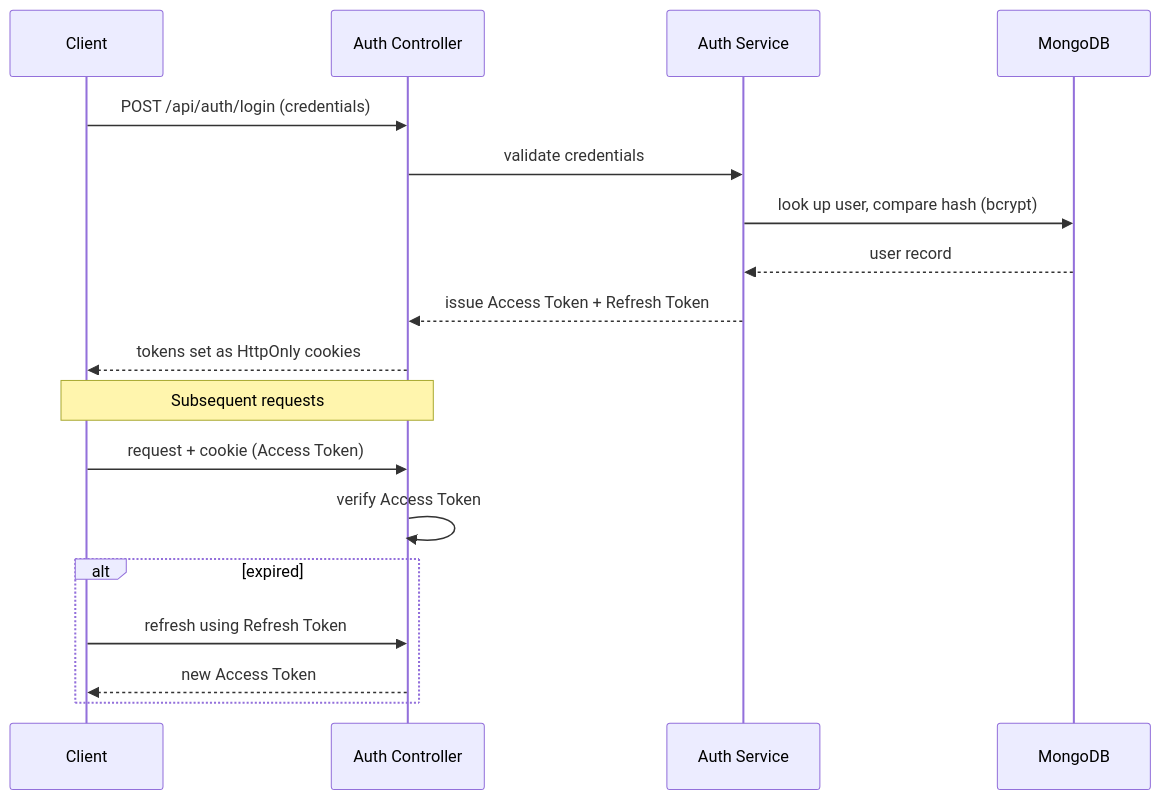
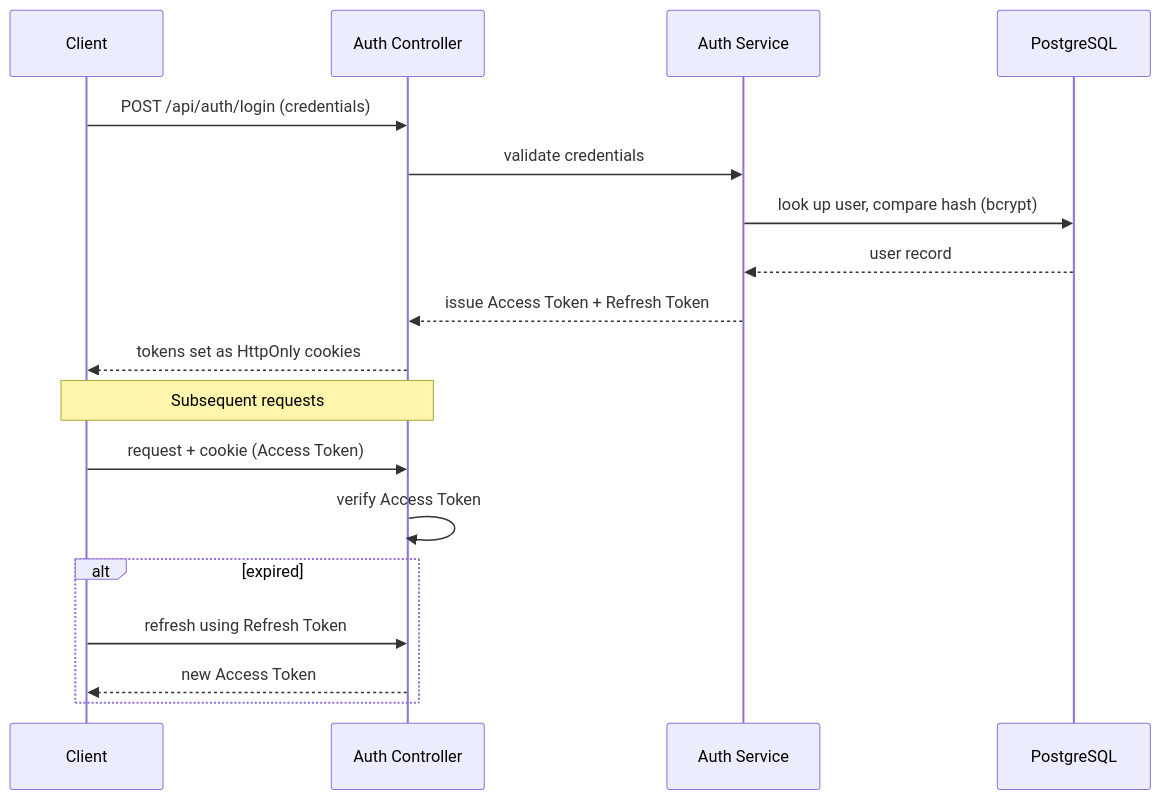
One commit to mohammed-dev-stack/ai-workflow-orchestrator changed the third of 5 diagrams in backend/README.md. Above: the diagram before and after it, drawn with Mermaid. The commit also changed other lines of this file, not shown here.

````diff
--- a/backend/README.md
+++ b/backend/README.md
@@ -142,22 +142,22 @@
 ```mermaid
 sequenceDiagram
     participant Client
     participant AuthCtrl as Auth Controller
     participant Service as Auth Service
-    participant DB as MongoDB
+    participant DB as PostgreSQL
 
     Client->>AuthCtrl: POST /api/auth/login (credentials)
     AuthCtrl->>Service: validate credentials
     Service->>DB: look up user, compare hash (bcrypt)
     DB-->>Service: user record
     Service-->>AuthCtrl: issue Access Token + Refresh Token
     AuthCtrl-->>Client: tokens set as HttpOnly cookies
 
     Note over Client,AuthCtrl: Subsequent requests
     Client->>AuthCtrl: request + cookie (Access Token)
     AuthCtrl->>AuthCtrl: verify Access Token
     alt expired
         Client->>AuthCtrl: refresh using Refresh Token
         AuthCtrl-->>Client: new Access Token
     end
 ```
````
